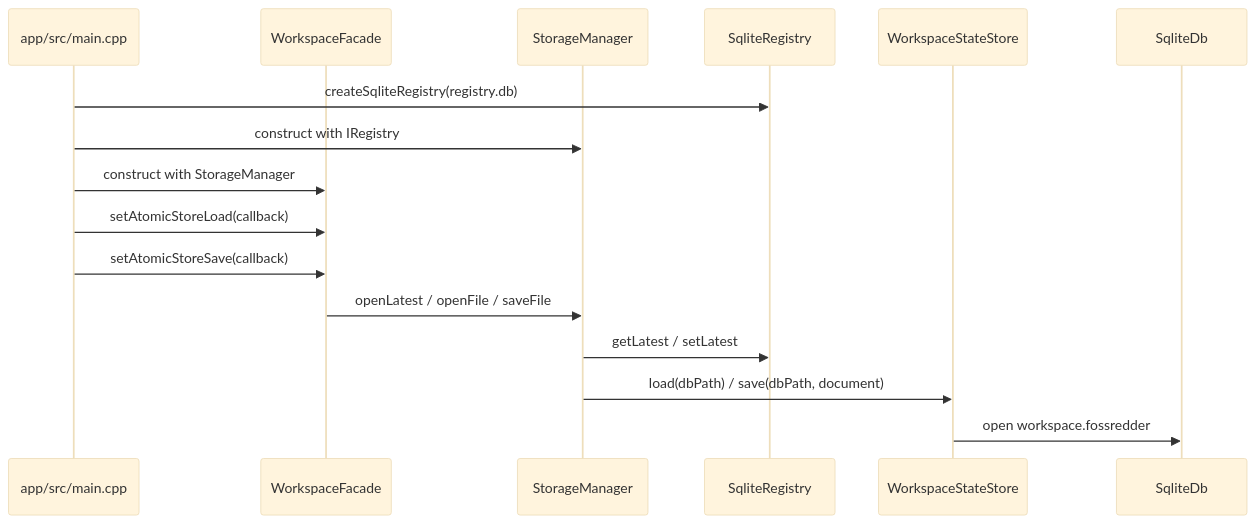
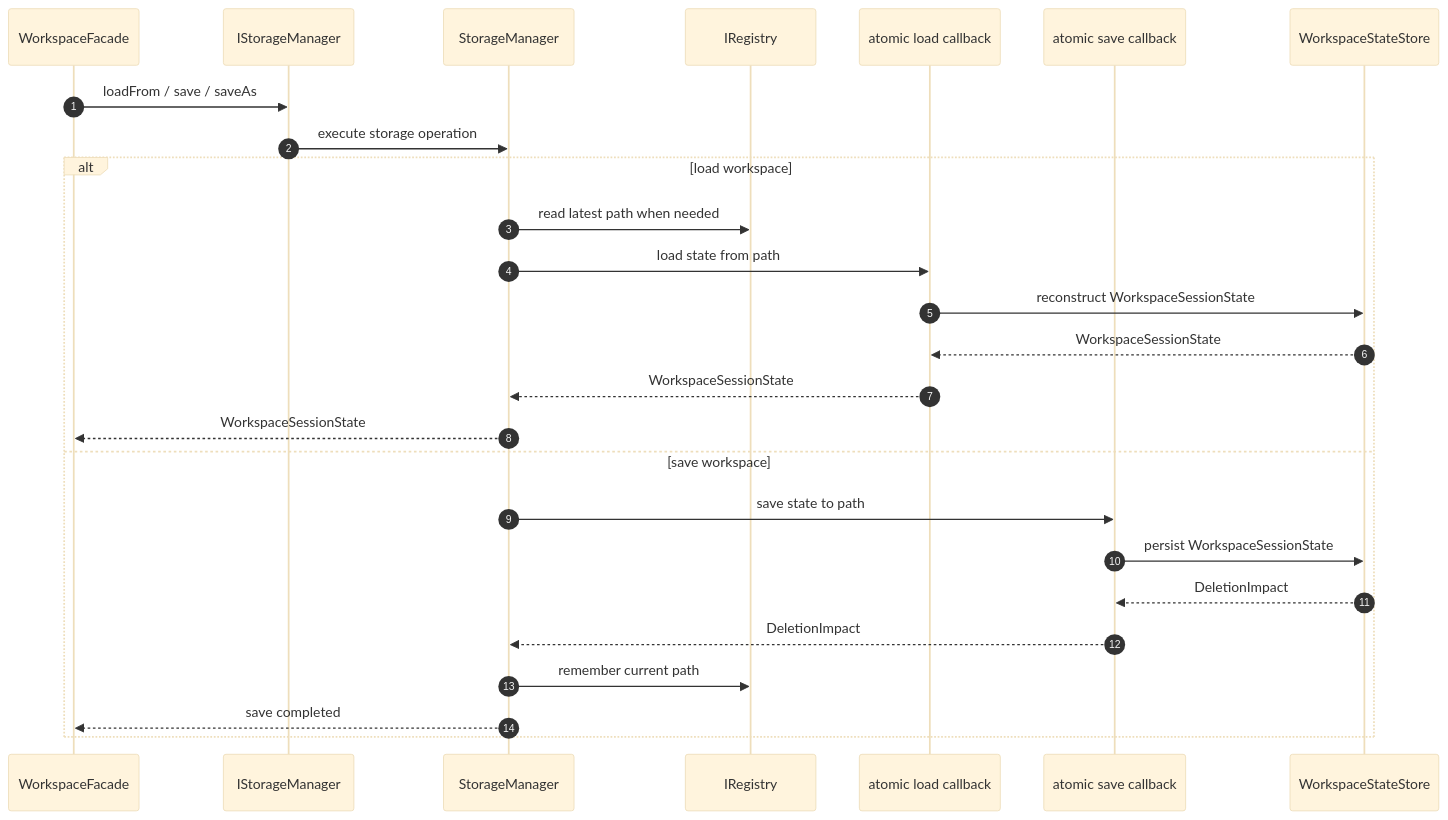
Diagram 11 of 19 in docs/DESIGN.md (Wiiii90/FOSSredder), drawn with Mermaid (base theme) before and after one commit. The commit also changed other lines of this file and 6 other files, not shown here.

````diff
--- a/docs/DESIGN.md
+++ b/docs/DESIGN.md
@@ -900,19 +664,29 @@
 ```mermaid
 sequenceDiagram
-    participant App as app/src/main.cpp
-    participant Facade as WorkspaceFacade
-    participant Storage as StorageManager
-    participant Registry as SqliteRegistry
-    participant Store as WorkspaceStateStore
-    participant Db as SqliteDb
+  autonumber
+  participant Facade as WorkspaceFacade
+  participant Port as IStorageManager
+  participant Storage as StorageManager
+  participant Registry as IRegistry
+  participant Load as atomic load callback
+  participant Save as atomic save callback
+  participant Store as WorkspaceStateStore
 
-    App->>Registry: createSqliteRegistry(registry.db)
-    App->>Storage: construct with IRegistry
-    App->>Facade: construct with StorageManager
-    App->>Facade: setAtomicStoreLoad(callback)
-    App->>Facade: setAtomicStoreSave(callback)
-    Facade->>Storage: openLatest / openFile / saveFile
-    Storage->>Registry: getLatest / setLatest
-    Storage->>Store: load(dbPath) / save(dbPath, document)
-    Store->>Db: open workspace.fossredder
+  Facade->>Port: loadFrom / save / saveAs
+  Port->>Storage: execute storage operation
+  alt load workspace
+    Storage->>Registry: read latest path when needed
+    Storage->>Load: load state from path
+    Load->>Store: reconstruct WorkspaceSessionState
+    Store-->>Load: WorkspaceSessionState
+    Load-->>Storage: WorkspaceSessionState
+    Storage-->>Facade: WorkspaceSessionState
+  else save workspace
+    Storage->>Save: save state to path
+    Save->>Store: persist WorkspaceSessionState
+    Store-->>Save: DeletionImpact
+    Save-->>Storage: DeletionImpact
+    Storage->>Registry: remember current path
+    Storage-->>Facade: save completed
+  end
 ```
````
